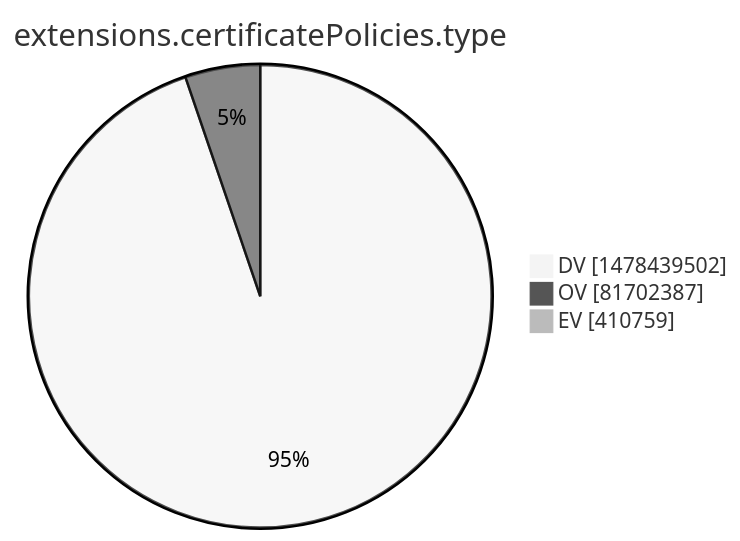
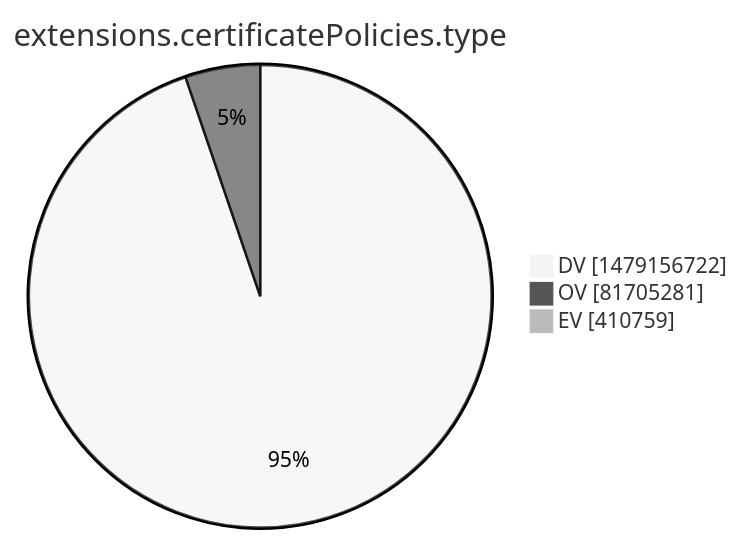
One commit to christiankrug/ctmonitor_visualization changed the tenth of 15 diagrams in xenon2022/README.md. Above: the diagram before and after it, drawn with Mermaid (neutral theme). The commit also changed other lines of this file, not shown here.

````diff
--- a/xenon2022/README.md
+++ b/xenon2022/README.md
@@ -2873,7 +2873,7 @@
 ```mermaid
 pie showData
 title extensions.certificatePolicies.type
-"DV" :1478439502
-"OV" :81702387
+"DV" :1479156722
+"OV" :81705281
 "EV" :410759
 ```
````
